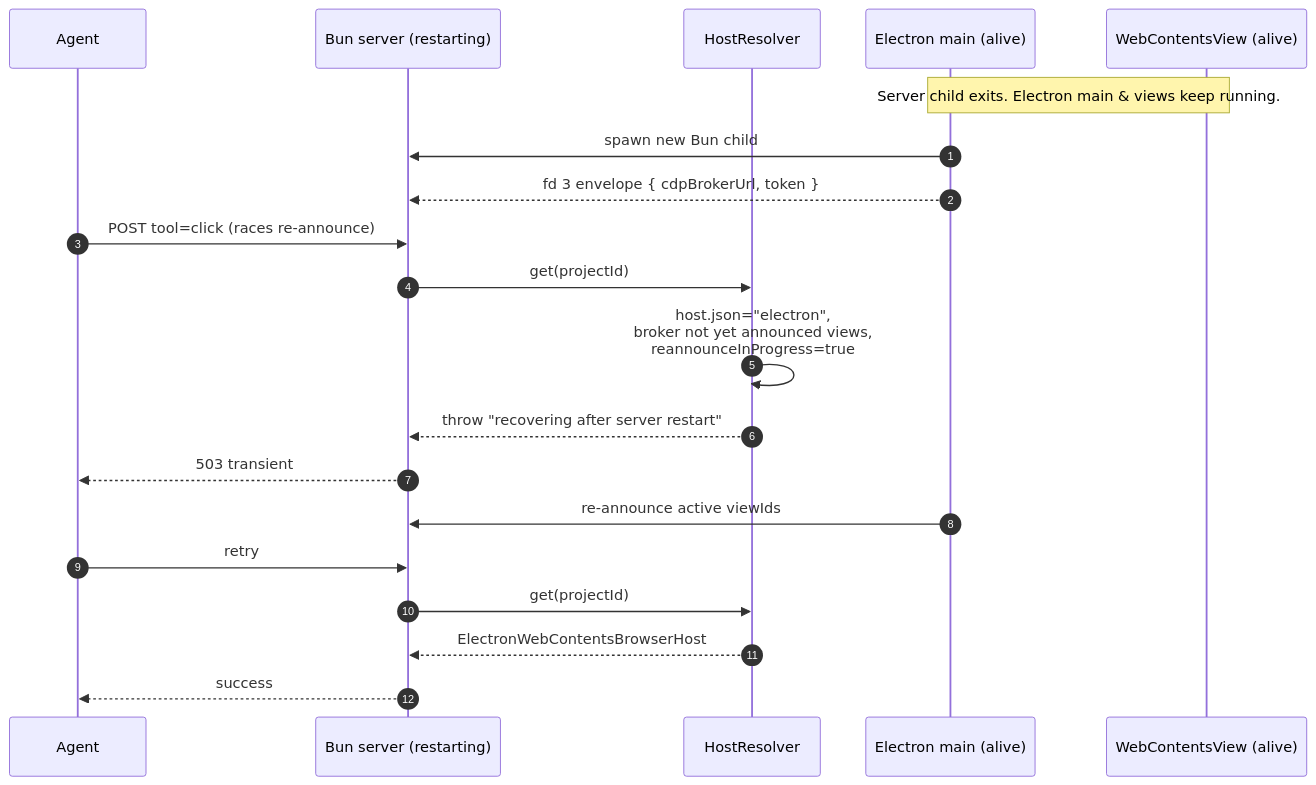
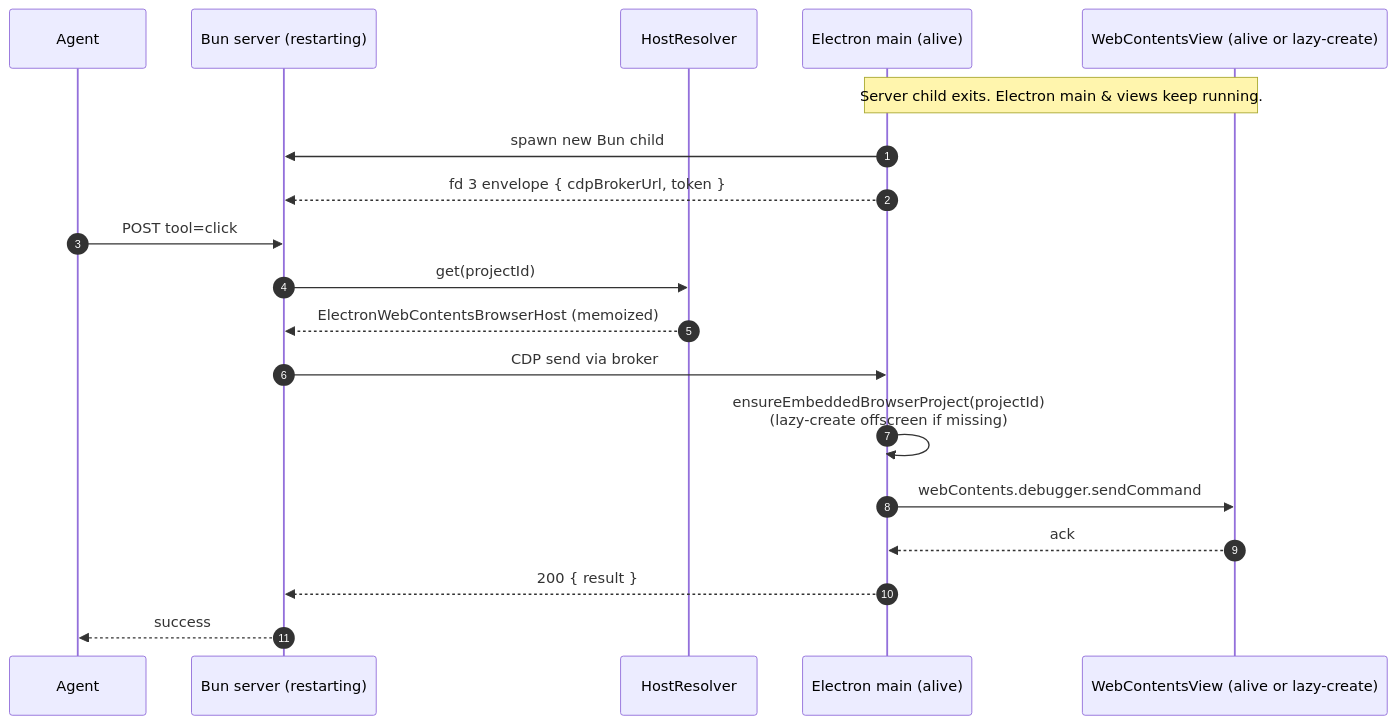
One commit to csmartinsfct/t3code changed the fourth of 5 diagrams in docs/browser-tools.md. Above: the diagram before and after it, drawn with Mermaid. The commit also changed other lines of this file and 6 other files, not shown here.

First line of the commit message:
Make embedded browser always-on per project (T3CO-421)

````diff
--- a/docs/browser-tools.md
+++ b/docs/browser-tools.md
@@ -397,23 +375,22 @@
 ```mermaid
 sequenceDiagram
   autonumber
   participant A as Agent
   participant S as Bun server (restarting)
   participant R as HostResolver
   participant M as Electron main (alive)
-  participant V as WebContentsView (alive)
+  participant V as WebContentsView (alive or lazy-create)
 
   Note over M,V: Server child exits. Electron main & views keep running.
   M->>S: spawn new Bun child
   M-->>S: fd 3 envelope { cdpBrokerUrl, token }
-  A->>S: POST tool=click (races re-announce)
+  A->>S: POST tool=click
   S->>R: get(projectId)
-  R->>R: host.json="electron",<br/>broker not yet announced views,<br/>reannounceInProgress=true
-  R-->>S: throw "recovering after server restart"
-  S-->>A: 503 transient
-  M->>S: re-announce active viewIds
-  A->>S: retry
-  S->>R: get(projectId)
-  R-->>S: ElectronWebContentsBrowserHost
+  R-->>S: ElectronWebContentsBrowserHost (memoized)
+  S->>M: CDP send via broker
+  M->>M: ensureEmbeddedBrowserProject(projectId)<br/>(lazy-create offscreen if missing)
+  M->>V: webContents.debugger.sendCommand
+  V-->>M: ack
+  M-->>S: 200 { result }
   S-->>A: success
 ```
````
